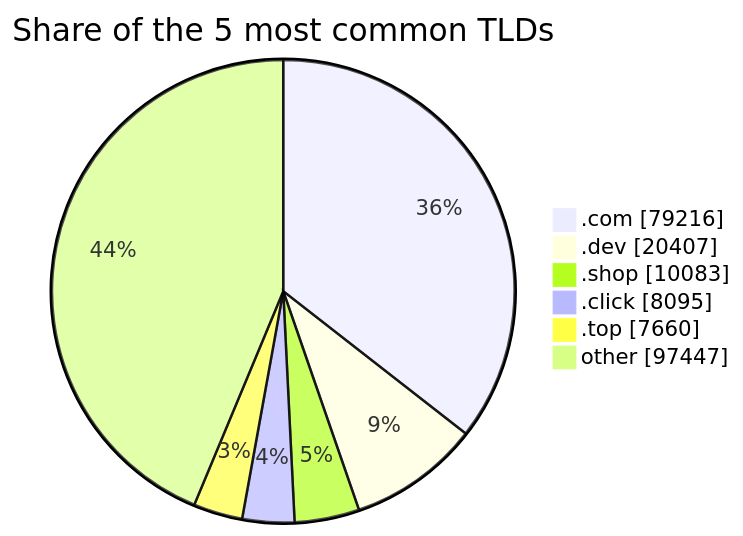
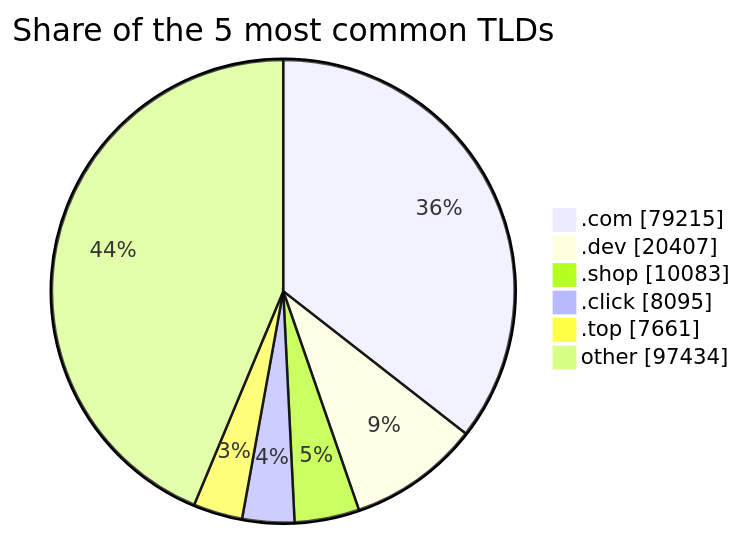
Before and after one commit to DNSBunker/CTI: the third of 3 diagrams in README.md, drawn with Mermaid. The commit also changed other lines of this file and 3 other files, not shown here.

````diff
--- a/README.md
+++ b/README.md
@@ -81,9 +81,9 @@
 ```mermaid
 pie showData title Share of the 5 most common TLDs
-    ".com" : 79216
+    ".com" : 79215
     ".dev" : 20407
     ".shop" : 10083
     ".click" : 8095
-    ".top" : 7660
-    "other" : 97447
+    ".top" : 7661
+    "other" : 97434
 ```
````
